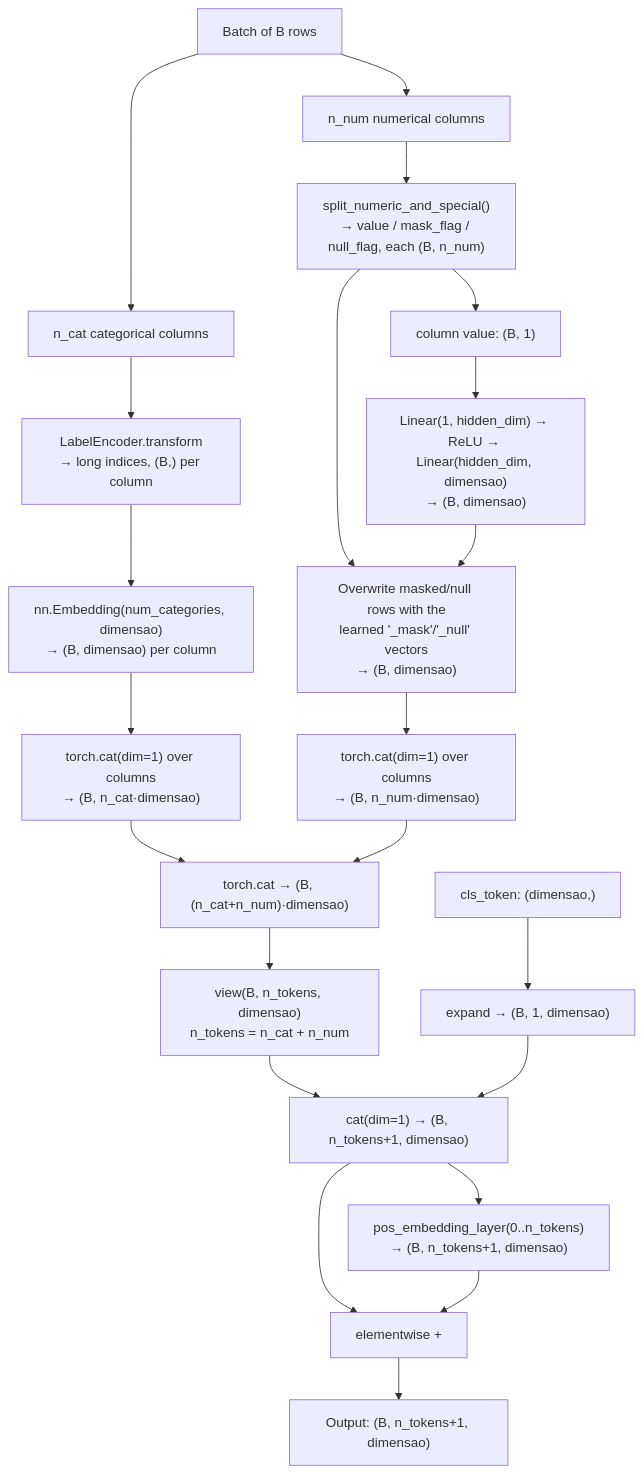
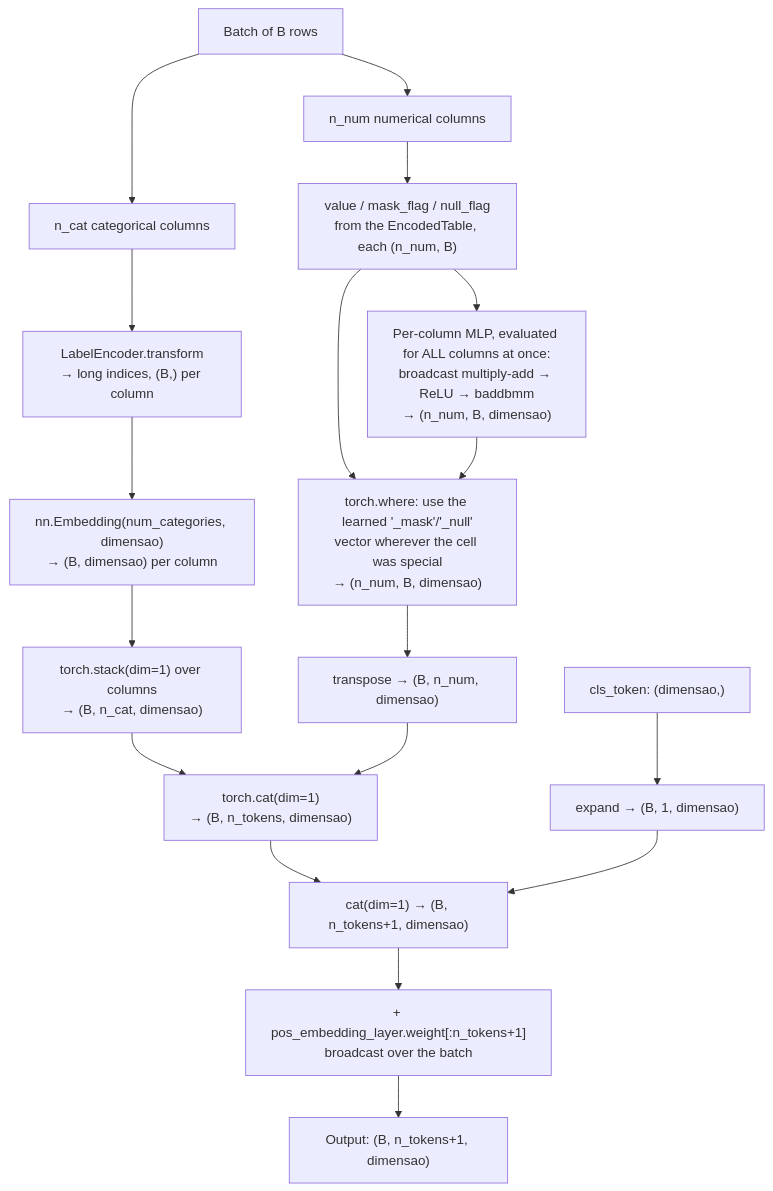
One commit to diogoneiss/TRIDENT changed the sixth of 17 diagrams in docs/ARCHITECTURE.md. Above: the diagram before and after it, drawn with Mermaid. The commit also changed other lines of this file and 1 other file, not shown here.

Commit message:
docs: describe the tensor-native training loop and record findings
Updates the architecture walkthrough so the batching and embedder diagrams
match the code: encoding happens per frame rather than per batch, the
numerical path selects with torch.where, the per-column MLPs are applied as
one batched operation, and the best checkpoint is a detached clone.

Adds ticket 0003 with the profile that motivated the work, the exactness
method and its results, the measured speedups, and the issues found but
deliberately left alone. The most notable of those: CosineAnnealingLR is
built with T_max=epochs but stepped once per batch, so the learning rate
reaches zero after `epochs` batches and then oscillates back up for the rest
of training. AGENTS.md protects scheduler cadence, so it was reported rather
than changed.

Claude-Session: https://claude.ai/code/session_01WJ5bMEGCAP5aEQh59FriaG

````diff
--- a/docs/ARCHITECTURE.md
+++ b/docs/ARCHITECTURE.md
@@ -122,24 +126,20 @@
 ```mermaid
 flowchart TD
     Row["Batch of B rows"] --> Cat["n_cat categorical columns"]
     Row --> Num["n_num numerical columns"]
     Cat --> CatIdx["LabelEncoder.transform<br/>→ long indices, (B,) per column"]
     CatIdx --> CatEmb["nn.Embedding(num_categories, dimensao)<br/>→ (B, dimensao) per column"]
-    Num --> Split["split_numeric_and_special()<br/>→ value / mask_flag / null_flag, each (B, n_num)"]
-    Split --> ColVal["column value: (B, 1)"]
-    ColVal --> MLP["Linear(1, hidden_dim) → ReLU → Linear(hidden_dim, dimensao)<br/>→ (B, dimensao)"]
-    Split --> Scatter["Overwrite masked/null rows with the<br/>learned '_mask'/'_null' vectors<br/>→ (B, dimensao)"]
-    MLP --> Scatter
-    CatEmb --> CatCat["torch.cat(dim=1) over columns<br/>→ (B, n_cat·dimensao)"]
-    Scatter --> NumCat["torch.cat(dim=1) over columns<br/>→ (B, n_num·dimensao)"]
-    CatCat --> AllCat["torch.cat → (B, (n_cat+n_num)·dimensao)"]
-    NumCat --> AllCat
-    AllCat --> View["view(B, n_tokens, dimensao)<br/>n_tokens = n_cat + n_num"]
+    Num --> Split["value / mask_flag / null_flag<br/>from the EncodedTable, each (n_num, B)"]
+    Split --> MLP["Per-column MLP, evaluated for ALL columns at once:<br/>broadcast multiply-add → ReLU → baddbmm<br/>→ (n_num, B, dimensao)"]
+    Split --> Where["torch.where: use the learned '_mask'/'_null'<br/>vector wherever the cell was special<br/>→ (n_num, B, dimensao)"]
+    MLP --> Where
+    CatEmb --> CatStack["torch.stack(dim=1) over columns<br/>→ (B, n_cat, dimensao)"]
+    Where --> NumT["transpose → (B, n_num, dimensao)"]
+    CatStack --> AllCat["torch.cat(dim=1)<br/>→ (B, n_tokens, dimensao)"]
+    NumT --> AllCat
     CLS["cls_token: (dimensao,)"] --> Expand["expand → (B, 1, dimensao)"]
-    View --> PrependCLS["cat(dim=1) → (B, n_tokens+1, dimensao)"]
+    AllCat --> PrependCLS["cat(dim=1) → (B, n_tokens+1, dimensao)"]
     Expand --> PrependCLS
-    PrependCLS --> PosLookup["pos_embedding_layer(0..n_tokens)<br/>→ (B, n_tokens+1, dimensao)"]
-    PrependCLS --> Add["elementwise +"]
-    PosLookup --> Add
-    Add --> Out["Output: (B, n_tokens+1, dimensao)"]
+    PrependCLS --> PosAdd2["+ pos_embedding_layer.weight[:n_tokens+1]<br/>broadcast over the batch"]
+    PosAdd2 --> Out["Output: (B, n_tokens+1, dimensao)"]
 ```
````
